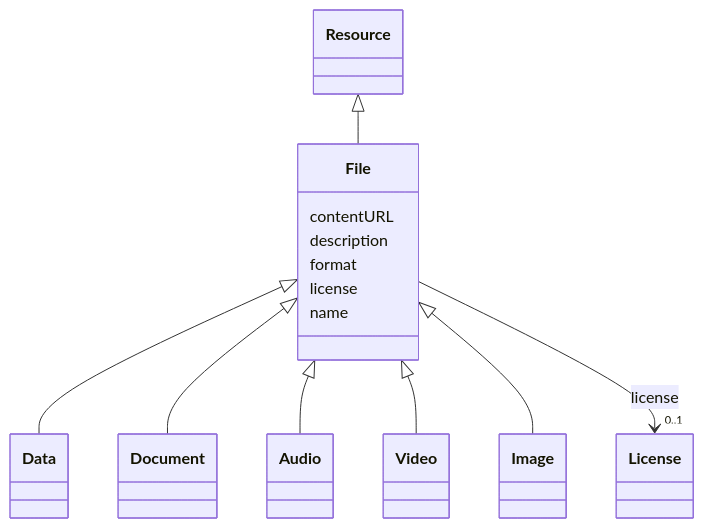
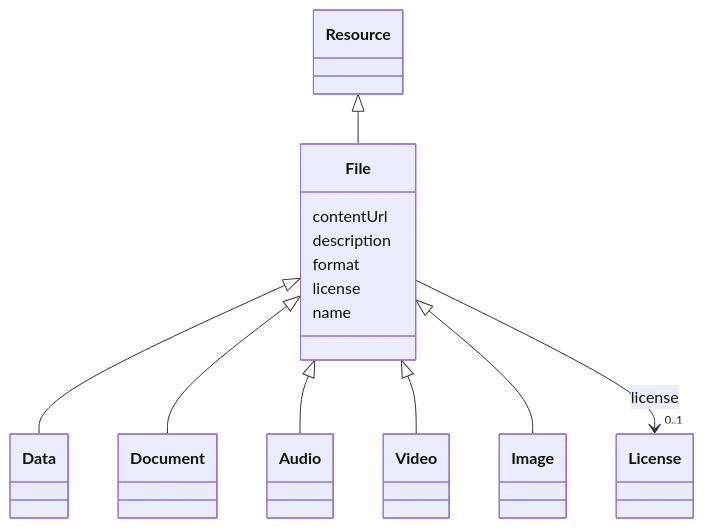
The diagram in models/docs/File.md (EVORA-project/evora-ontology), drawn with Mermaid before and after one commit. The commit also changed other lines of this file and 650 other files, not shown here.

````diff
--- a/models/docs/File.md
+++ b/models/docs/File.md
@@ -21,39 +21,39 @@
 ```mermaid
  classDiagram
     class File
     click File href "../File"
       Resource <|-- File
         click Resource href "../Resource"
       
 
       File <|-- Data
         click Data href "../Data"
       File <|-- Document
         click Document href "../Document"
       File <|-- Audio
         click Audio href "../Audio"
       File <|-- Video
         click Video href "../Video"
       File <|-- Image
         click Image href "../Image"
       
       
-      File : contentURL
+      File : contentUrl
         
       File : description
         
       File : format
         
       File : license
         
           
     
     
     File --> "0..1" License : license
     click License href "../License"
 
         
       File : name
         
       
 ```
````
